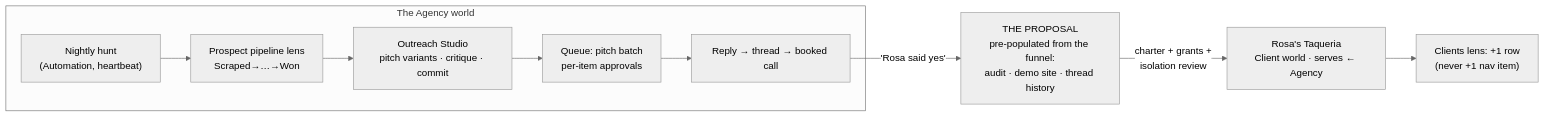
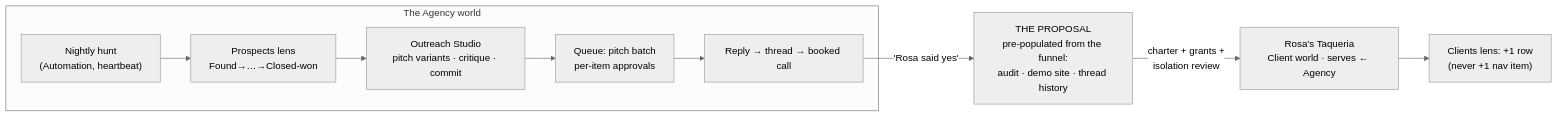
Before and after one commit to Rnocek14/appbuilderpro: the diagram in docs/experience-architecture/10-key-user-journeys.md, drawn with Mermaid (neutral theme). The commit also changed other lines of this file and 14 other files, not shown here.

````diff
--- a/docs/experience-architecture/10-key-user-journeys.md
+++ b/docs/experience-architecture/10-key-user-journeys.md
@@ -92,12 +96,12 @@
 ```mermaid
 flowchart LR
     subgraph AGENCY["The Agency world"]
-        HUNT["Nightly hunt<br/>(Automation, heartbeat)"] --> FUNNEL["Prospect pipeline lens<br/>Scraped→…→Won"]
+        HUNT["Nightly hunt<br/>(Automation, heartbeat)"] --> FUNNEL["Prospects lens<br/>Found→…→Closed-won"]
         FUNNEL --> STUDIO["Outreach Studio<br/>pitch variants · critique · commit"]
         STUDIO --> Q1["Queue: pitch batch<br/>per-item approvals"]
         Q1 --> REPLY["Reply → thread → booked call"]
     end
     REPLY -->|"'Rosa said yes'"| PROP["THE PROPOSAL<br/>pre-populated from the funnel:<br/>audit · demo site · thread history"]
     PROP -->|"charter + grants +<br/>isolation review"| ROSA["Rosa's Taqueria<br/>Client world · serves ← Agency"]
     ROSA --> LENS["Clients lens: +1 row<br/>(never +1 nav item)"]
 ```
````
